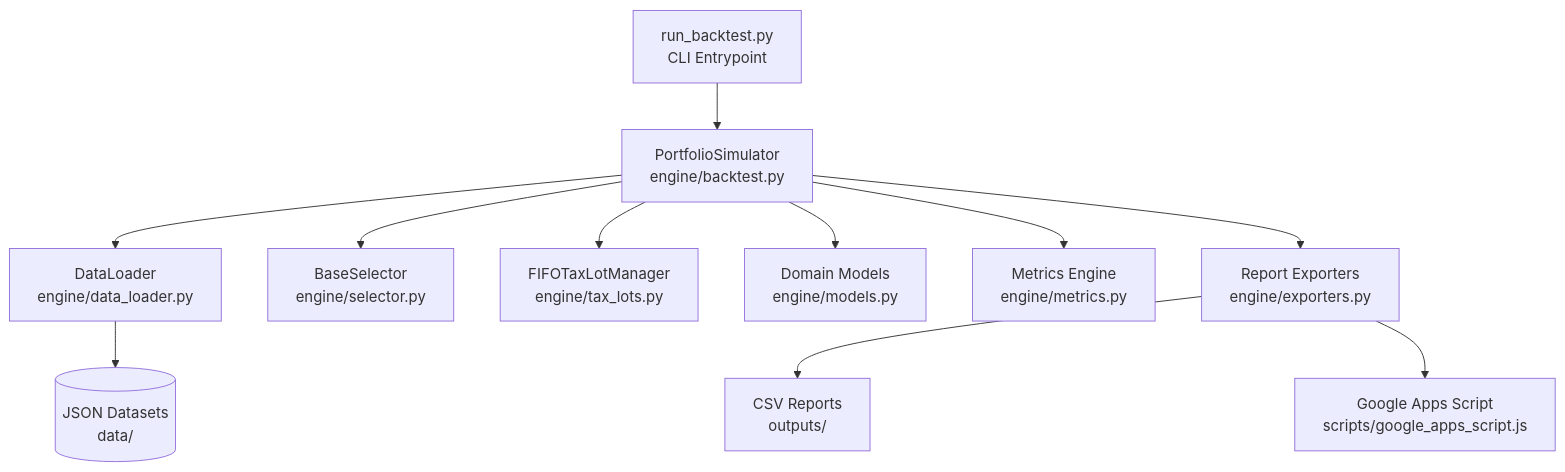
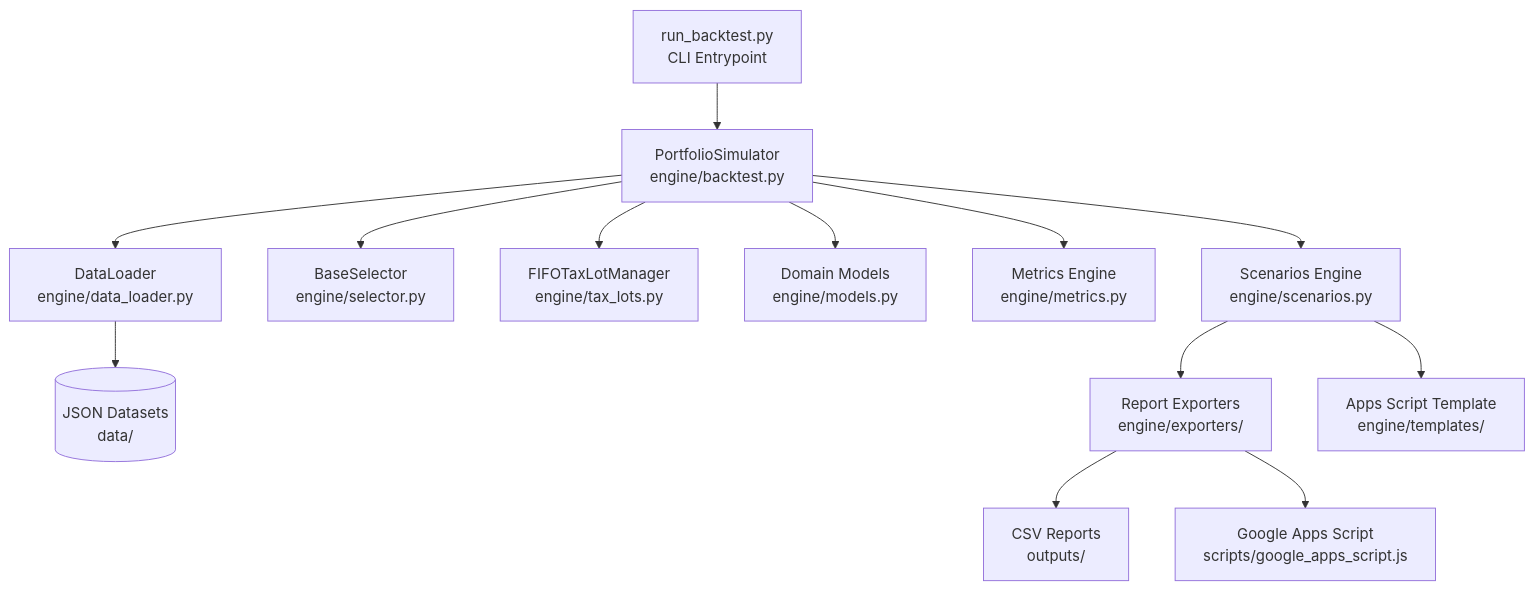
The first of 2 diagrams in docs/ARCHITECTURE.md (chris-catignani/sp500_strategy), drawn with Mermaid before and after one commit. The commit also changed other lines of this file and 17 other files, not shown here.

First line of the commit message:
refactor: modularize exporters, decouple Apps Script template, and deduplicate scenarios

````diff
--- a/docs/ARCHITECTURE.md
+++ b/docs/ARCHITECTURE.md
@@ -11,17 +11,19 @@
 ```mermaid
 graph TD
     CLI[run_backtest.py<br>CLI Entrypoint] --> SIM[PortfolioSimulator<br>engine/backtest.py]
     
     SIM --> DL[DataLoader<br>engine/data_loader.py]
     SIM --> SEL[BaseSelector<br>engine/selector.py]
     SIM --> TAX[FIFOTaxLotManager<br>engine/tax_lots.py]
     SIM --> MOD[Domain Models<br>engine/models.py]
     
     DL --> DATA[(JSON Datasets<br>data/)]
     
     SIM --> MET[Metrics Engine<br>engine/metrics.py]
-    SIM --> EXP[Report Exporters<br>engine/exporters.py]
+    SIM --> SCN[Scenarios Engine<br>engine/scenarios.py]
+    SCN --> EXP[Report Exporters<br>engine/exporters/]
+    SCN --> GAS_TMPL[Apps Script Template<br>engine/templates/]
     
     EXP --> CSV[CSV Reports<br>outputs/]
     EXP --> GAS[Google Apps Script<br>scripts/google_apps_script.js]
 ```
````
